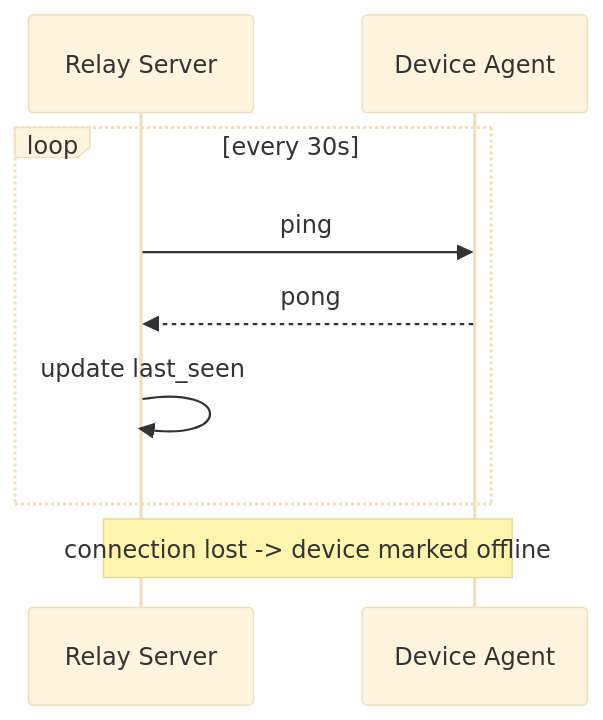
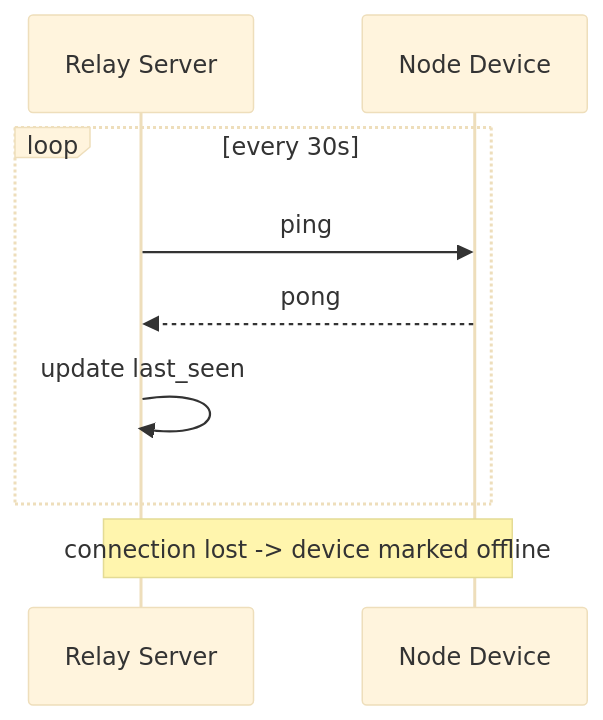
One commit to pcc-258/warpmesh changed the fifth of 11 diagrams in docs/architecture.md. Above: the diagram before and after it, drawn with Mermaid (base theme). The commit also changed other lines of this file and 107 other files, not shown here.

First line of the commit message:
feat(node): replace native agent with node runtime, add Windows client and OTA updates

````diff
--- a/docs/architecture.md
+++ b/docs/architecture.md
@@ -143,12 +144,12 @@
 ```mermaid
 sequenceDiagram
     participant S as Relay Server
-    participant A as Device Agent
+    participant A as Node Device
 
     loop every 30s
         S->>A: ping
         A-->>S: pong
         S->>S: update last_seen
     end
     Note over S,A: connection lost -> device marked offline
 ```
````
